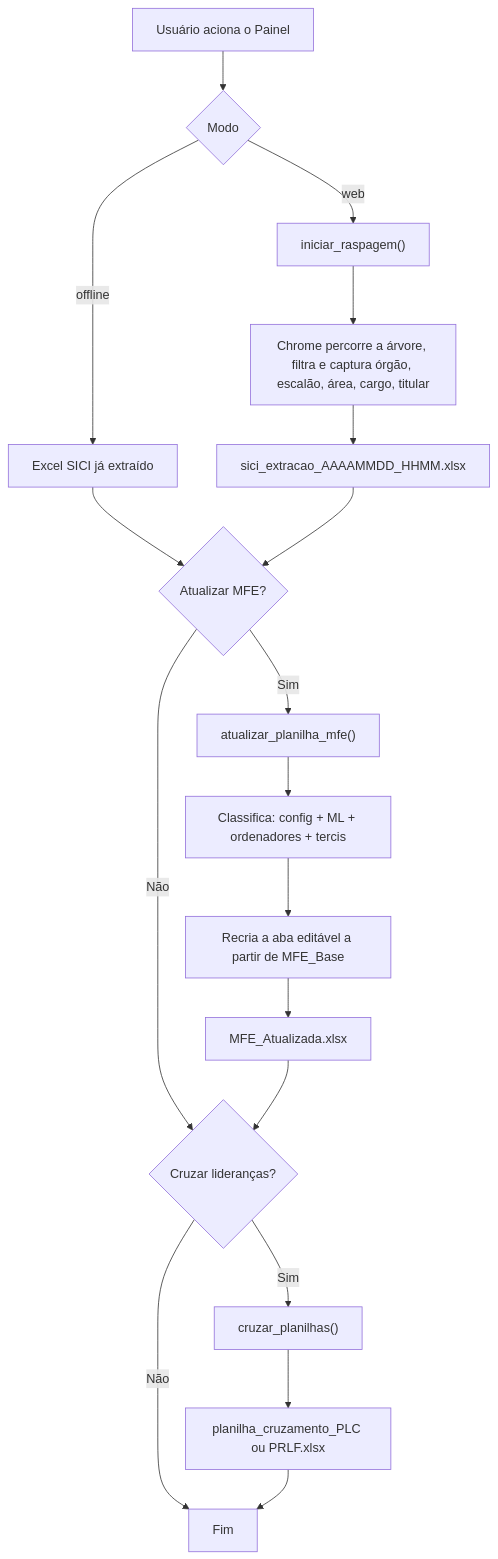
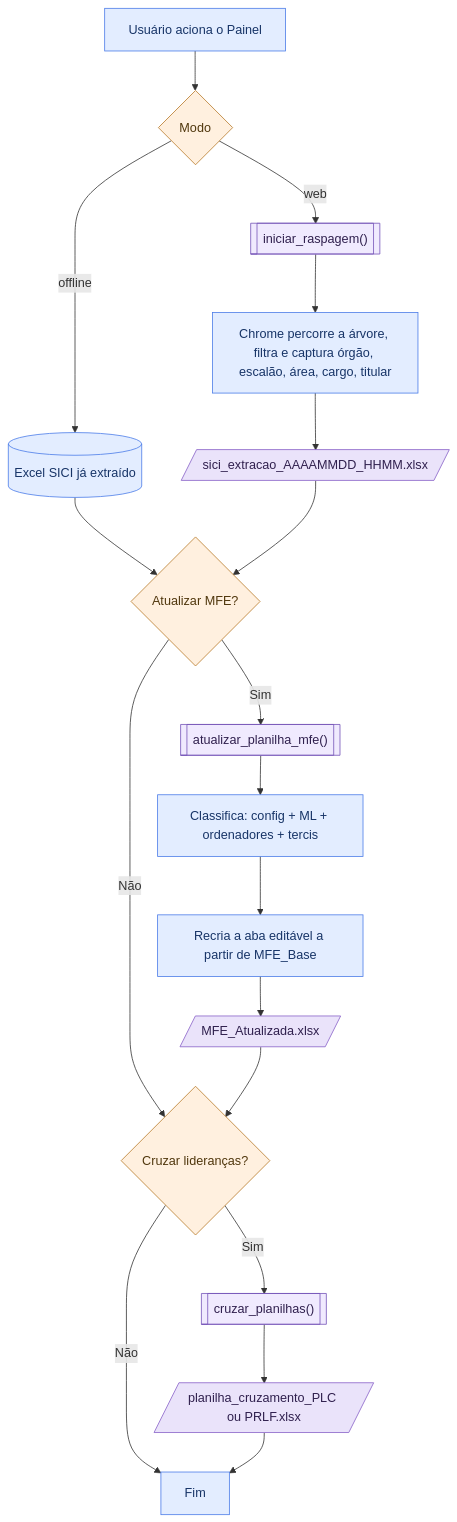
Before and after one commit to fundacaojoaogoulart/webscrapper-SICI: the diagram in docs/data-lineage.md, drawn with Mermaid. The commit also changed other lines of this file and 63 other files, not shown here.

````diff
--- a/docs/data-lineage.md
+++ b/docs/data-lineage.md
@@ -16,22 +16,28 @@
 ```mermaid
-flowchart TD
-    P["Usuário aciona o Painel"] --> M{Modo}
-    M -- "web" --> S["iniciar_raspagem()"]
-    M -- "offline" --> X["Excel SICI já extraído"]
-    S --> S1["Chrome percorre a árvore, filtra e captura órgão, escalão, área, cargo, titular"]
-    S1 --> EX["sici_extracao_AAAAMMDD_HHMM.xlsx"]
+flowchart TB
+    P["Usuário aciona o Painel"]:::task --> M{Modo}:::decision
+    M -- "web" --> S[["iniciar_raspagem()"]]:::code
+    M -- "offline" --> X[("Excel SICI já extraído")]:::data
+    S --> S1["Chrome percorre a árvore, filtra e captura órgão, escalão, área, cargo, titular"]:::task
+    S1 --> EX[/"sici_extracao_AAAAMMDD_HHMM.xlsx"/]:::document
     X --> Q1
     EX --> Q1
-    Q1{"Atualizar MFE?"}
+    Q1{"Atualizar MFE?"}:::decision
     Q1 -- "Não" --> Q2
-    Q1 -- "Sim" --> MFE["atualizar_planilha_mfe()"]
-    MFE --> MFE1["Classifica: config + ML + ordenadores + tercis"]
-    MFE1 --> MFE2["Recria a aba editável a partir de MFE_Base"]
-    MFE2 --> OUT["MFE_Atualizada.xlsx"]
+    Q1 -- "Sim" --> MFE[["atualizar_planilha_mfe()"]]:::code
+    MFE --> MFE1["Classifica: config + ML + ordenadores + tercis"]:::task
+    MFE1 --> MFE2["Recria a aba editável a partir de MFE_Base"]:::task
+    MFE2 --> OUT[/"MFE_Atualizada.xlsx"/]:::document
     OUT --> Q2
-    Q2{"Cruzar lideranças?"}
-    Q2 -- "Não" --> FIM["Fim"]
-    Q2 -- "Sim" --> LID["cruzar_planilhas()"]
-    LID --> OUT2["planilha_cruzamento_PLC ou PRLF.xlsx"]
+    Q2{"Cruzar lideranças?"}:::decision
+    Q2 -- "Não" --> FIM["Fim"]:::task
+    Q2 -- "Sim" --> LID[["cruzar_planilhas()"]]:::code
+    LID --> OUT2[/"planilha_cruzamento_PLC ou PRLF.xlsx"/]:::document
     OUT2 --> FIM
+
+    classDef data fill:#E3EDFF,stroke:#4A7BE8,color:#173467;
+    classDef document fill:#EAE3FA,stroke:#8760C8,color:#30204E;
+    classDef task fill:#E3EDFF,stroke:#4A7BE8,color:#173467;
+    classDef code fill:#F0EAFE,stroke:#7554B9,color:#30204E;
+    classDef decision fill:#FFF0DF,stroke:#B77928,color:#50370D;
 ```
````
